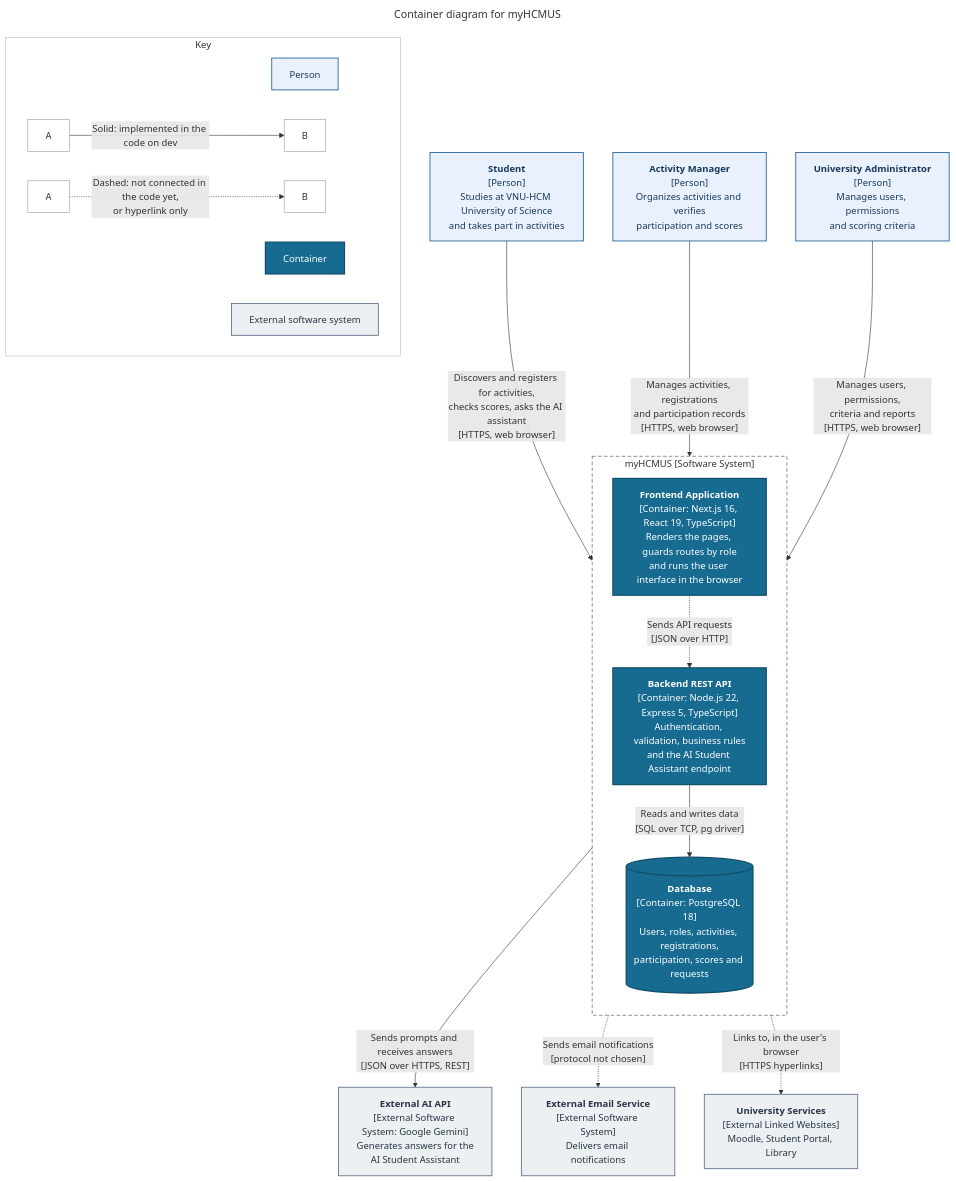
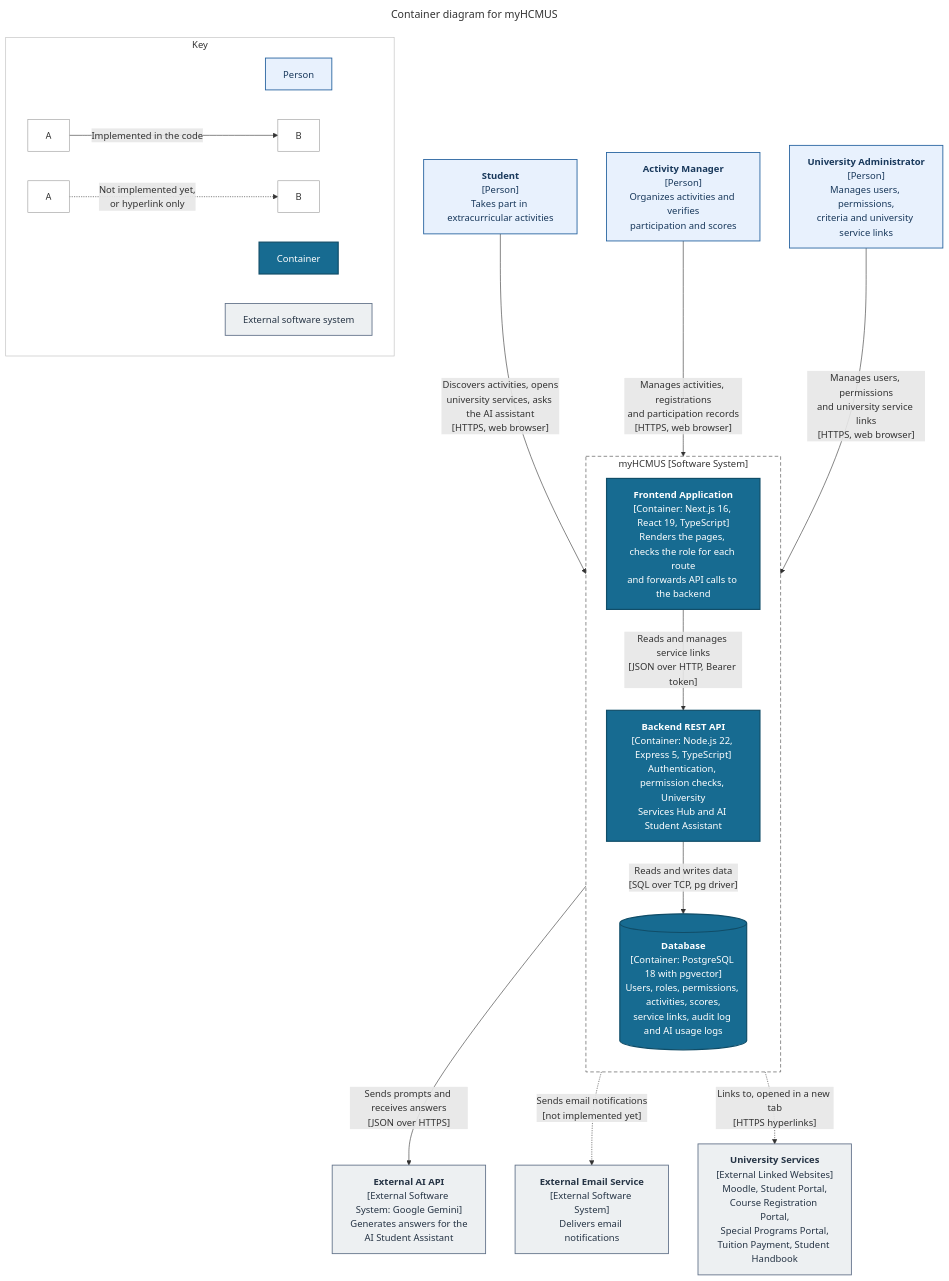
The diagram in docs/analysis-and-design/architecture/container-diagram.md (APCSk24-CS300/cs300-project), drawn with Mermaid before and after one commit. The commit also changed other lines of this file, not shown here.

Commit message:
update: Redo container diagram for the merged PA4 features

````diff
--- a/docs/analysis-and-design/architecture/container-diagram.md
+++ b/docs/analysis-and-design/architecture/container-diagram.md
@@ -19,50 +19,50 @@
 ```mermaid
 ---
 title: Container diagram for myHCMUS
 ---
 flowchart TB
-    student["<b>Student</b><br/>[Person]<br/>Studies at VNU-HCM University of Science<br/>and takes part in activities"]
+    student["<b>Student</b><br/>[Person]<br/>Takes part in extracurricular activities"]
     manager["<b>Activity Manager</b><br/>[Person]<br/>Organizes activities and verifies<br/>participation and scores"]
-    admin["<b>University Administrator</b><br/>[Person]<br/>Manages users, permissions<br/>and scoring criteria"]
+    admin["<b>University Administrator</b><br/>[Person]<br/>Manages users, permissions,<br/>criteria and university service links"]
 
     subgraph myhcmus["myHCMUS [Software System]"]
         direction TB
-        web["<b>Frontend Application</b><br/>[Container: Next.js 16, React 19, TypeScript]<br/>Renders the pages, guards routes by role<br/>and runs the user interface in the browser"]
-        api["<b>Backend REST API</b><br/>[Container: Node.js 22, Express 5, TypeScript]<br/>Authentication, validation, business rules<br/>and the AI Student Assistant endpoint"]
-        db[("<b>Database</b><br/>[Container: PostgreSQL 18]<br/>Users, roles, activities, registrations,<br/>participation, scores and requests")]
+        web["<b>Frontend Application</b><br/>[Container: Next.js 16, React 19, TypeScript]<br/>Renders the pages, checks the role for each route<br/>and forwards API calls to the backend"]
+        api["<b>Backend REST API</b><br/>[Container: Node.js 22, Express 5, TypeScript]<br/>Authentication, permission checks, University<br/>Services Hub and AI Student Assistant"]
+        db[("<b>Database</b><br/>[Container: PostgreSQL 18 with pgvector]<br/>Users, roles, permissions, activities, scores,<br/>service links, audit log and AI usage logs")]
     end
 
     ai["<b>External AI API</b><br/>[External Software System: Google Gemini]<br/>Generates answers for the<br/>AI Student Assistant"]
     email["<b>External Email Service</b><br/>[External Software System]<br/>Delivers email notifications"]
-    uni["<b>University Services</b><br/>[External Linked Websites]<br/>Moodle, Student Portal, Library"]
+    uni["<b>University Services</b><br/>[External Linked Websites]<br/>Moodle, Student Portal,<br/>Course Registration Portal,<br/>Special Programs Portal,<br/>Tuition Payment, Student Handbook"]
 
-    student -->|"Discovers and registers for activities,<br/>checks scores, asks the AI assistant<br/>[HTTPS, web browser]"| web
+    student -->|"Discovers activities, opens<br/>university services, asks the AI assistant<br/>[HTTPS, web browser]"| web
     manager -->|"Manages activities, registrations<br/>and participation records<br/>[HTTPS, web browser]"| web
-    admin -->|"Manages users, permissions,<br/>criteria and reports<br/>[HTTPS, web browser]"| web
+    admin -->|"Manages users, permissions<br/>and university service links<br/>[HTTPS, web browser]"| web
 
-    web -.->|"Sends API requests<br/>[JSON over HTTP]"| api
+    web -->|"Reads and manages service links<br/>[JSON over HTTP, Bearer token]"| api
     api -->|"Reads and writes data<br/>[SQL over TCP, pg driver]"| db
-    api -->|"Sends prompts and receives answers<br/>[JSON over HTTPS, REST]"| ai
-    api -.->|"Sends email notifications<br/>[protocol not chosen]"| email
-    web -.->|"Links to, in the user's browser<br/>[HTTPS hyperlinks]"| uni
+    api -->|"Sends prompts and receives answers<br/>[JSON over HTTPS]"| ai
+    api -.->|"Sends email notifications<br/>[not implemented yet]"| email
+    web -.->|"Links to, opened in a new tab<br/>[HTTPS hyperlinks]"| uni
 
     subgraph key["Key"]
         direction LR
         k1["Person"]
         k2["Container"]
         k3["External software system"]
-        k4["A"] -->|"Solid: implemented in the code on dev"| k5["B"]
-        k6["A"] -.->|"Dashed: not connected in the code yet,<br/>or hyperlink only"| k7["B"]
+        k4["A"] -->|"Implemented in the code"| k5["B"]
+        k6["A"] -.->|"Not implemented yet,<br/>or hyperlink only"| k7["B"]
     end
 
     classDef person fill:#E8F1FD,stroke:#2864A0,color:#18385B,stroke-width:1.5px
     classDef container fill:#176B91,stroke:#104D68,color:#FFFFFF,stroke-width:2px
     classDef external fill:#EDF0F2,stroke:#64748B,color:#263445,stroke-width:1.5px
     classDef keybox fill:#FFFFFF,stroke:#999999,color:#333333
     class student,manager,admin,k1 person
     class web,api,db,k2 container
     class ai,email,uni,k3 external
     class k4,k5,k6,k7 keybox
     style myhcmus fill:none,stroke:#444444,stroke-dasharray: 6 4
     style key fill:none,stroke:#BBBBBB
 ```
````
